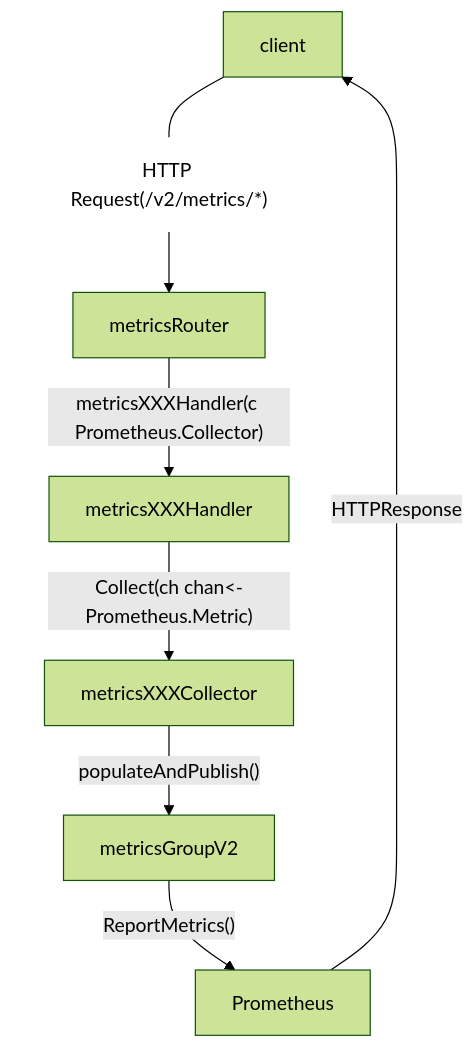
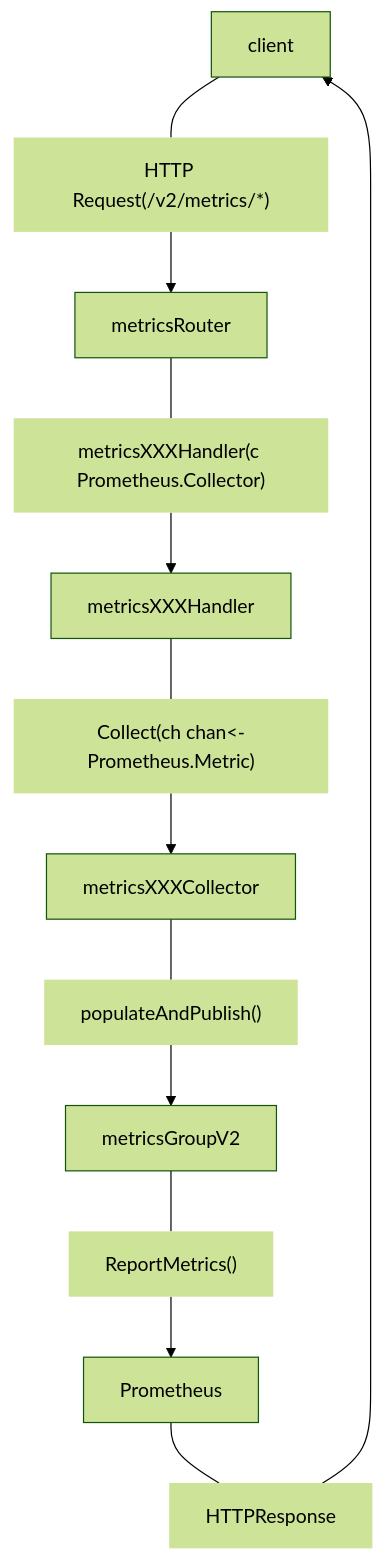
The diagram in temp/invisible_node_test.md (cquark/Minio_Code_Analysis), drawn with Mermaid (forest theme) before and after one commit.

````diff
--- a/temp/invisible_node_test.md
+++ b/temp/invisible_node_test.md
@@ -3,18 +3,34 @@
 ```mermaid
 graph TD
-	classDef transparentNode fill:#fff, stroke-width:0px;
+	classDef transparentNode stroke-width:0px;
 	A[client]
 	B[metricsRouter]
 	C[metricsXXXHandler]
 	D[metricsXXXCollector]
 	E[metricsGroupV2]
 	F[Prometheus]
 	AB["HTTP Request(/v2/metrics/*)"]
-	A --- AB:::transparentNode --> B
-	B -->|"metricsXXXHandler(c Prometheus.Collector)"| C
-	C -->|"Collect(ch chan<-Prometheus.Metric)"| D
-	D -->|"populateAndPublish()"| E
-	E -->|"ReportMetrics()"| F
-	F -->|HTTPResponse| A
+	BC["metricsXXXHandler(c Prometheus.Collector)"]
+	CD["Collect(ch chan<-Prometheus.Metric)"]
+	DE["populateAndPublish()"]
+	EF["ReportMetrics()"]
+	FA[HTTPResponse]
+	class AB transparentNode;
+	class BC transparentNode;
+	class CD transparentNode;
+	class DE transparentNode;
+	class EF transparentNode;
+	class FA transparentNode;
+	A ---AB:::transparentNode --> B
+	B ---BC--> C
+	C ---CD--> D
+	D ---DE--> E
+	E ---EF--> F
+	F ---FA--> A
 	click AB "https://google.com"
+	click BC "https://google.com"
+	click CD "https://google.com"
+	click DE "https://google.com"
+	click EF "https://google.com"
+	click FA "https://google.com"
 ```
````
